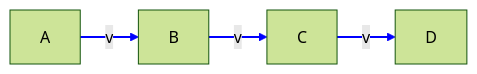
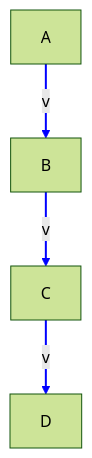
Before and after one commit to Rick-Anderson/Report: the diagram in z.md, drawn with Mermaid (forest theme).

````diff
--- a/z.md
+++ b/z.md
@@ -1,10 +1,10 @@
 ```mermaid
-graph LR;
+graph TD;
         A--v-->B[B]
         B-->|v|C[C]
          C-->|v|D[D];
 
         linkStyle 0 stroke-width:2px,fill:none,stroke:blue;
         linkStyle 1 stroke-width:2px,fill:none,stroke:blue;
         linkStyle 2 stroke-width:2px,fill:none,stroke:blue;
 ```
````
